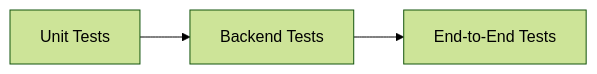
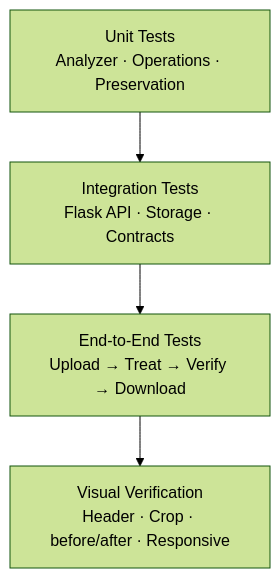
One commit to Alhareith/manuscript-doctor changed the first of 7 diagrams in docs/testing.md. Above: the diagram before and after it, drawn with Mermaid (forest theme). The commit also changed other lines of this file and 168 other files, not shown here.

````diff
--- a/docs/testing.md
+++ b/docs/testing.md
@@ -19,5 +13,6 @@
 ```mermaid
-flowchart LR
-    A["Unit Tests"] --> B["Backend Tests"]
-    B --> C["End-to-End Tests"]
+flowchart TD
+    U["Unit Tests<br/>Analyzer · Operations · Preservation"] --> I["Integration Tests<br/>Flask API · Storage · Contracts"]
+    I --> E["End-to-End Tests<br/>Upload → Treat → Verify → Download"]
+    E --> V["Visual Verification<br/>Header · Crop · before/after · Responsive"]
 ```
````
